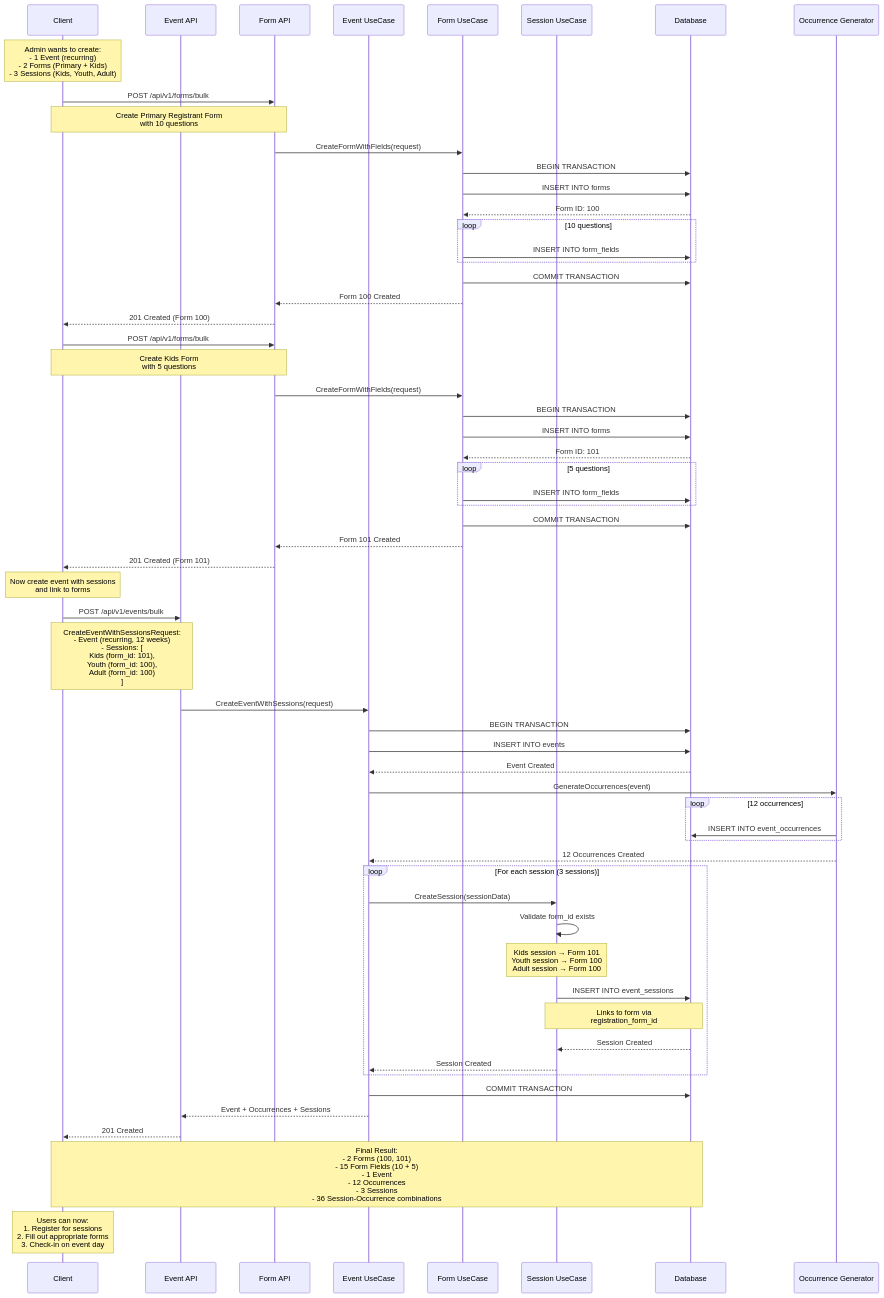
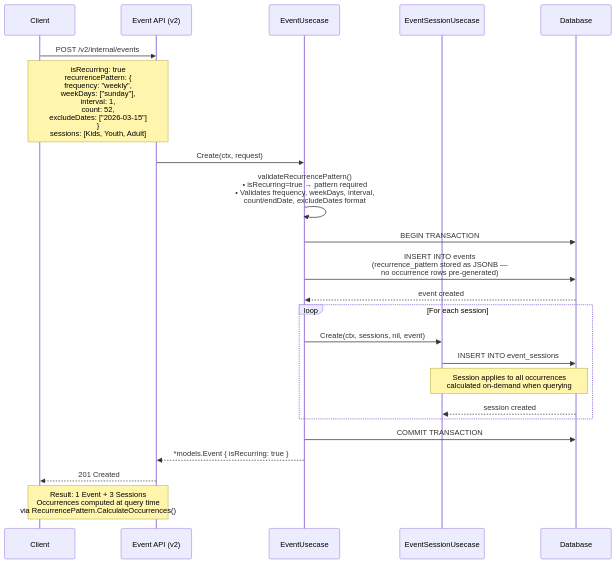
The seventh of 10 diagrams in docs/event_management_system_spec.md (growcenter/go-community), drawn with Mermaid before and after one commit. The commit also changed other lines of this file and 4 other files, not shown here.

Commit message:
fix: update schema and specs

````diff
--- a/docs/event_management_system_spec.md
+++ b/docs/event_management_system_spec.md
@@ -790,83 +602,31 @@
 ```mermaid
 sequenceDiagram
     participant Client
-    participant EventAPI as Event API
-    participant FormAPI as Form API
-    participant EventUC as Event UseCase
-    participant FormUC as Form UseCase
-    participant SessionUC as Session UseCase
+    participant API as Event API (v2)
+    participant EventUC as EventUsecase
+    participant SessionUC as EventSessionUsecase
     participant DB as Database
-    participant OccGen as Occurrence Generator
 
-    Note over Client: Admin wants to create:<br/>- 1 Event (recurring)<br/>- 2 Forms (Primary + Kids)<br/>- 3 Sessions (Kids, Youth, Adult)
+    Client->>API: POST /v2/internal/events
+    Note over Client,API: isRecurring: true<br/>recurrencePattern: {<br/>  frequency: "weekly",<br/>  weekDays: ["sunday"],<br/>  interval: 1,<br/>  count: 52,<br/>  excludeDates: ["2026-03-15"]<br/>}<br/>sessions: [Kids, Youth, Adult]
 
-    Client->>FormAPI: POST /api/v1/forms/bulk
-    Note over Client,FormAPI: Create Primary Registrant Form<br/>with 10 questions
+    API->>EventUC: Create(ctx, request)
+    EventUC->>EventUC: validateRecurrencePattern()<br/>• isRecurring=true → pattern required<br/>• Validates frequency, weekDays, interval,<br/>  count/endDate, excludeDates format
 
-    FormAPI->>FormUC: CreateFormWithFields(request)
-    FormUC->>DB: BEGIN TRANSACTION
-    FormUC->>DB: INSERT INTO forms
-    DB-->>FormUC: Form ID: 100
+    EventUC->>DB: BEGIN TRANSACTION
+    EventUC->>DB: INSERT INTO events<br/>(recurrence_pattern stored as JSONB —<br/>no occurrence rows pre-generated)
+    DB-->>EventUC: event created
 
-    loop 10 questions
-        FormUC->>DB: INSERT INTO form_fields
-    end
+    loop For each session
+        EventUC->>SessionUC: Create(ctx, sessions, nil, event)
+        SessionUC->>DB: INSERT INTO event_sessions
+        Note over SessionUC,DB: Session applies to all occurrences<br/>calculated on-demand when querying
 
-    FormUC->>DB: COMMIT TRANSACTION
-    FormUC-->>FormAPI: Form 100 Created
-    FormAPI-->>Client: 201 Created (Form 100)
-
-    Client->>FormAPI: POST /api/v1/forms/bulk
-    Note over Client,FormAPI: Create Kids Form<br/>with 5 questions
-
-    FormAPI->>FormUC: CreateFormWithFields(request)
-    FormUC->>DB: BEGIN TRANSACTION
-    FormUC->>DB: INSERT INTO forms
-    DB-->>FormUC: Form ID: 101
-
-    loop 5 questions
-        FormUC->>DB: INSERT INTO form_fields
-    end
-
-    FormUC->>DB: COMMIT TRANSACTION
-    FormUC-->>FormAPI: Form 101 Created
-    FormAPI-->>Client: 201 Created (Form 101)
-
-    Note over Client: Now create event with sessions<br/>and link to forms
-
-    Client->>EventAPI: POST /api/v1/events/bulk
-    Note over Client,EventAPI: CreateEventWithSessionsRequest:<br/>- Event (recurring, 12 weeks)<br/>- Sessions: [<br/>  Kids (form_id: 101),<br/>  Youth (form_id: 100),<br/>  Adult (form_id: 100)<br/>]
-
-    EventAPI->>EventUC: CreateEventWithSessions(request)
-    EventUC->>DB: BEGIN TRANSACTION
-
-    EventUC->>DB: INSERT INTO events
-    DB-->>EventUC: Event Created
-
-    EventUC->>OccGen: GenerateOccurrences(event)
-    loop 12 occurrences
-        OccGen->>DB: INSERT INTO event_occurrences
-    end
-    OccGen-->>EventUC: 12 Occurrences Created
-
-    loop For each session (3 sessions)
-        EventUC->>SessionUC: CreateSession(sessionData)
-
-        SessionUC->>SessionUC: Validate form_id exists
-        Note over SessionUC: Kids session → Form 101<br/>Youth session → Form 100<br/>Adult session → Form 100
-
-        SessionUC->>DB: INSERT INTO event_sessions
-        Note over SessionUC,DB: Links to form via<br/>registration_form_id
-
-        DB-->>SessionUC: Session Created
-        SessionUC-->>EventUC: Session Created
+        DB-->>SessionUC: session created
     end
 
     EventUC->>DB: COMMIT TRANSACTION
-    EventUC-->>EventAPI: Event + Occurrences + Sessions
-    EventAPI-->>Client: 201 Created
-
-    Note over Client,DB: Final Result:<br/>- 2 Forms (100, 101)<br/>- 15 Form Fields (10 + 5)<br/>- 1 Event<br/>- 12 Occurrences<br/>- 3 Sessions<br/>- 36 Session-Occurrence combinations
-
-    Note over Client: Users can now:<br/>1. Register for sessions<br/>2. Fill out appropriate forms<br/>3. Check-in on event day
+    EventUC-->>API: *models.Event { isRecurring: true }
+    API-->>Client: 201 Created
+    Note over Client,API: Result: 1 Event + 3 Sessions<br/>Occurrences computed at query time<br/>via RecurrencePattern.CalculateOccurrences()
 ```
````
